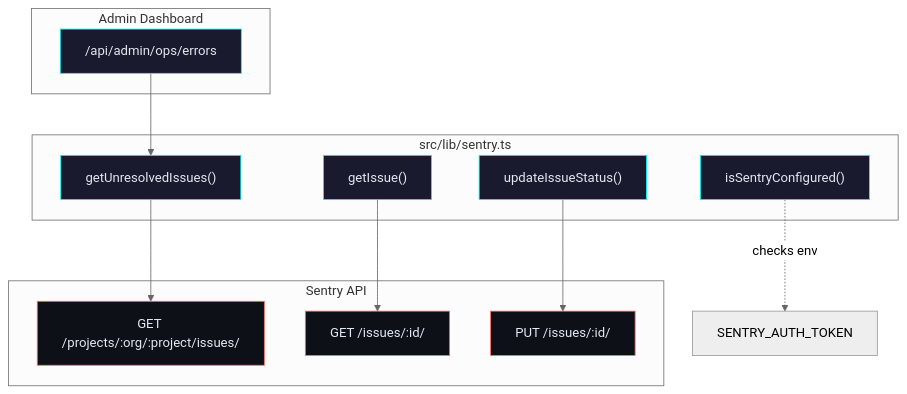
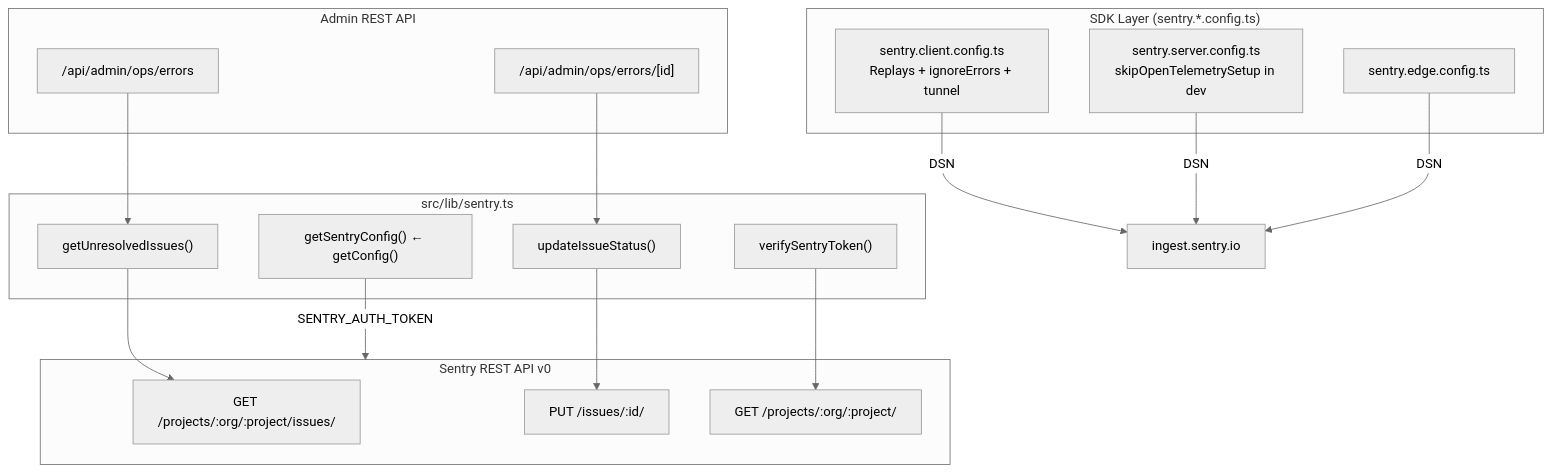
The first of 2 diagrams in docs/SENTRY.md (Themis128/cloudless.gr), drawn with Mermaid (neutral theme) before and after one commit. The commit also changed other lines of this file and 4 other files, not shown here.

First line of the commit message:
fix(sentry): migrate to getConfig(), fix missing await on isSentryConfigured, add verifySentryToken

````diff
--- a/docs/SENTRY.md
+++ b/docs/SENTRY.md
@@ -7,34 +16,32 @@
 ```mermaid
 graph TB
-    subgraph "Admin Dashboard"
-        ErrorsPage["/api/admin/ops/errors"]
+    subgraph SDK["SDK Layer (sentry.*.config.ts)"]
+        Client["sentry.client.config.ts\nReplays + ignoreErrors + tunnel"]
+        Server["sentry.server.config.ts\nskipOpenTelemetrySetup in dev"]
+        Edge["sentry.edge.config.ts"]
     end
 
-    subgraph "src/lib/sentry.ts"
-        GetIssues["getUnresolvedIssues()"]
-        GetIssue["getIssue()"]
-        UpdateStatus["updateIssueStatus()"]
-        IsConfigured["isSentryConfigured()"]
+    subgraph AdminAPI["Admin REST API"]
+        ErrorsRoute["/api/admin/ops/errors"]
+        ErrorRoute["/api/admin/ops/errors/[id]"]
     end
 
-    subgraph "Sentry API"
-        ProjectIssues["GET /projects/:org/:project/issues/"]
-        IssueDetail["GET /issues/:id/"]
-        IssueUpdate["PUT /issues/:id/"]
+    subgraph Lib["src/lib/sentry.ts"]
+        Config["getSentryConfig() ← getConfig()"]
+        Issues["getUnresolvedIssues()"]
+        Update["updateIssueStatus()"]
+        Verify["verifySentryToken()"]
     end
 
-    ErrorsPage --> GetIssues
-    GetIssues --> ProjectIssues
-    GetIssue --> IssueDetail
-    UpdateStatus --> IssueUpdate
-    IsConfigured -.->|checks env| SENTRY_AUTH_TOKEN
+    subgraph SentryAPI["Sentry REST API v0"]
+        ProjectIssues["GET /projects/:org/:project/issues/"]
+        IssueUpdate["PUT /issues/:id/"]
+        ProjectPing["GET /projects/:org/:project/"]
+    end
 
-    style ErrorsPage fill:#1a1a2e,stroke:#00fff5,color:#e2e8f0
-    style GetIssues fill:#1a1a2e,stroke:#00fff5,color:#e2e8f0
-    style GetIssue fill:#1a1a2e,stroke:#00fff5,color:#e2e8f0
-    style UpdateStatus fill:#1a1a2e,stroke:#00fff5,color:#e2e8f0
-    style IsConfigured fill:#1a1a2e,stroke:#00fff5,color:#e2e8f0
-    style ProjectIssues fill:#0d1117,stroke:#ff6b6b,color:#e2e8f0
-    style IssueDetail fill:#0d1117,stroke:#ff6b6b,color:#e2e8f0
-    style IssueUpdate fill:#0d1117,stroke:#ff6b6b,color:#e2e8f0
+    Client & Server & Edge -->|DSN| SentryIngest["ingest.sentry.io"]
+    ErrorsRoute --> Issues --> ProjectIssues
+    ErrorRoute --> Update --> IssueUpdate
+    Verify --> ProjectPing
+    Config -->|SENTRY_AUTH_TOKEN| SentryAPI
 ```
````
